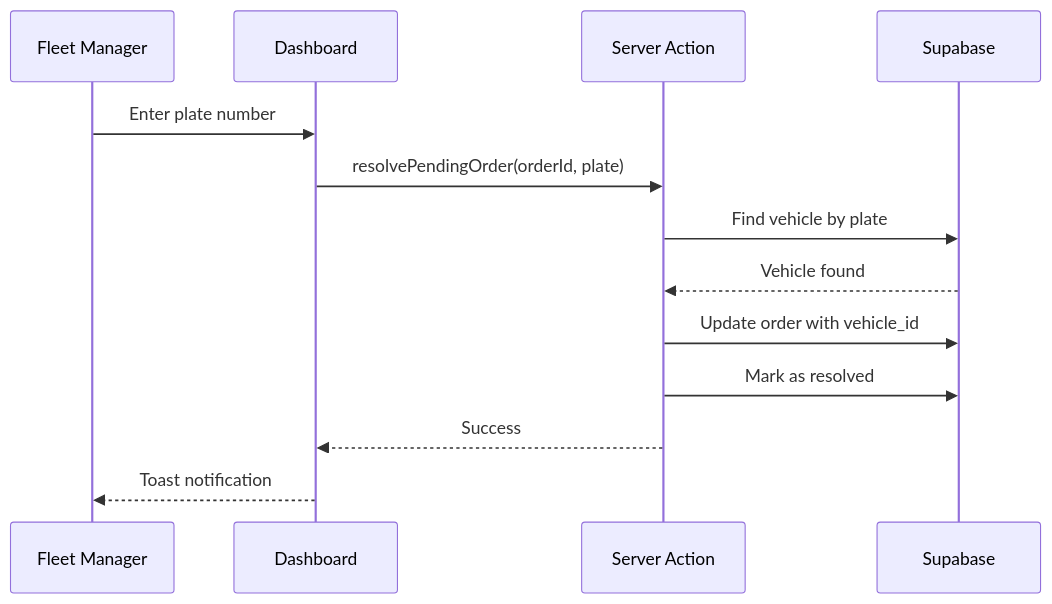
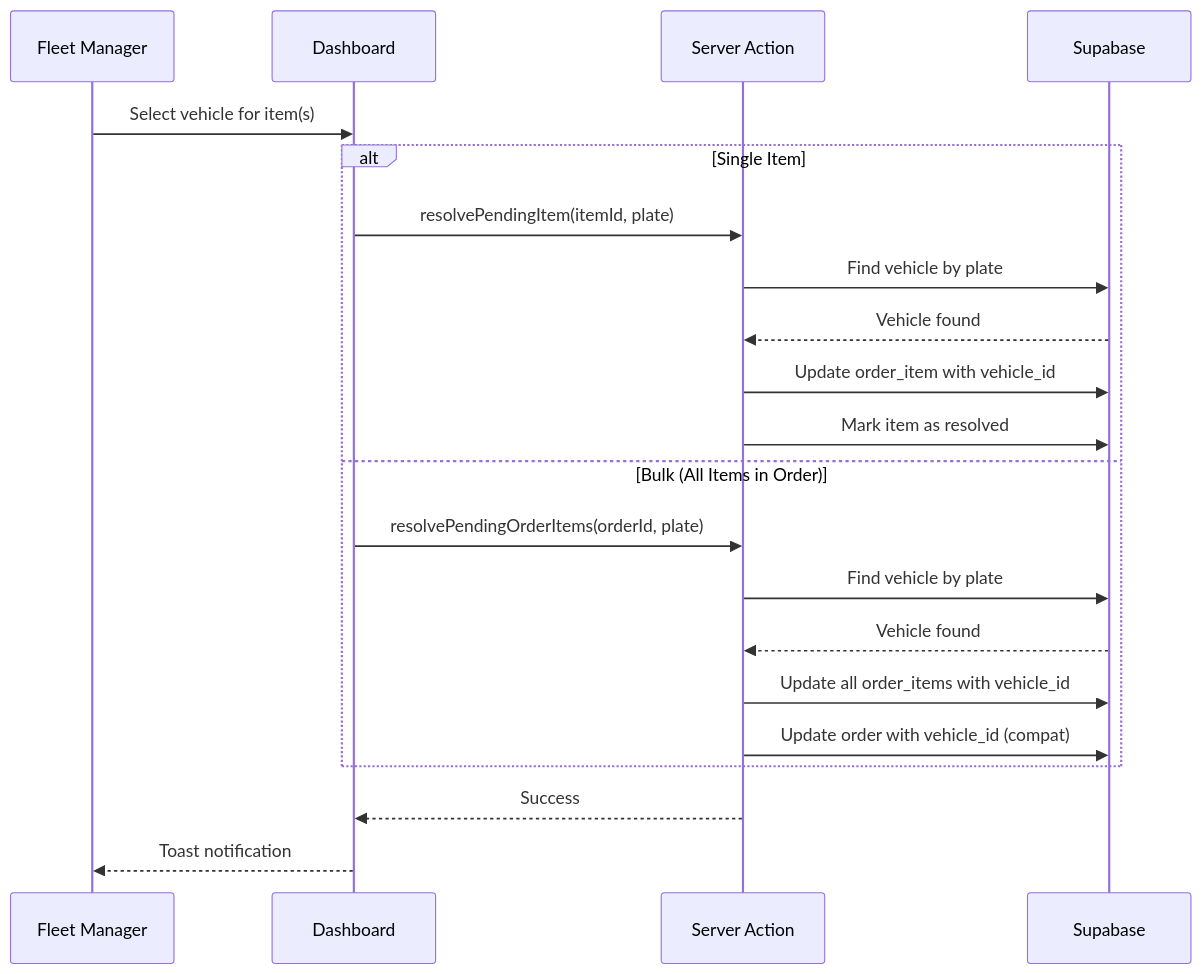
The third of 4 diagrams in SPECS.md (Fluinty/FleetManager), drawn with Mermaid before and after one commit. The commit also changed other lines of this file and 1 other file, not shown here.

````diff
--- a/SPECS.md
+++ b/SPECS.md
@@ -469,16 +480,24 @@
 ```mermaid
 sequenceDiagram
     participant U as Fleet Manager
     participant UI as Dashboard
     participant SA as Server Action
     participant DB as Supabase
 
-    U->>UI: Enter plate number
-    UI->>SA: resolvePendingOrder(orderId, plate)
-    SA->>DB: Find vehicle by plate
-    DB-->>SA: Vehicle found
-    SA->>DB: Update order with vehicle_id
-    SA->>DB: Mark as resolved
+    U->>UI: Select vehicle for item(s)
+    alt Single Item
+        UI->>SA: resolvePendingItem(itemId, plate)
+        SA->>DB: Find vehicle by plate
+        DB-->>SA: Vehicle found
+        SA->>DB: Update order_item with vehicle_id
+        SA->>DB: Mark item as resolved
+    else Bulk (All Items in Order)
+        UI->>SA: resolvePendingOrderItems(orderId, plate)
+        SA->>DB: Find vehicle by plate
+        DB-->>SA: Vehicle found
+        SA->>DB: Update all order_items with vehicle_id
+        SA->>DB: Update order with vehicle_id (compat)
+    end
     SA-->>UI: Success
     UI-->>U: Toast notification
 ```
````
